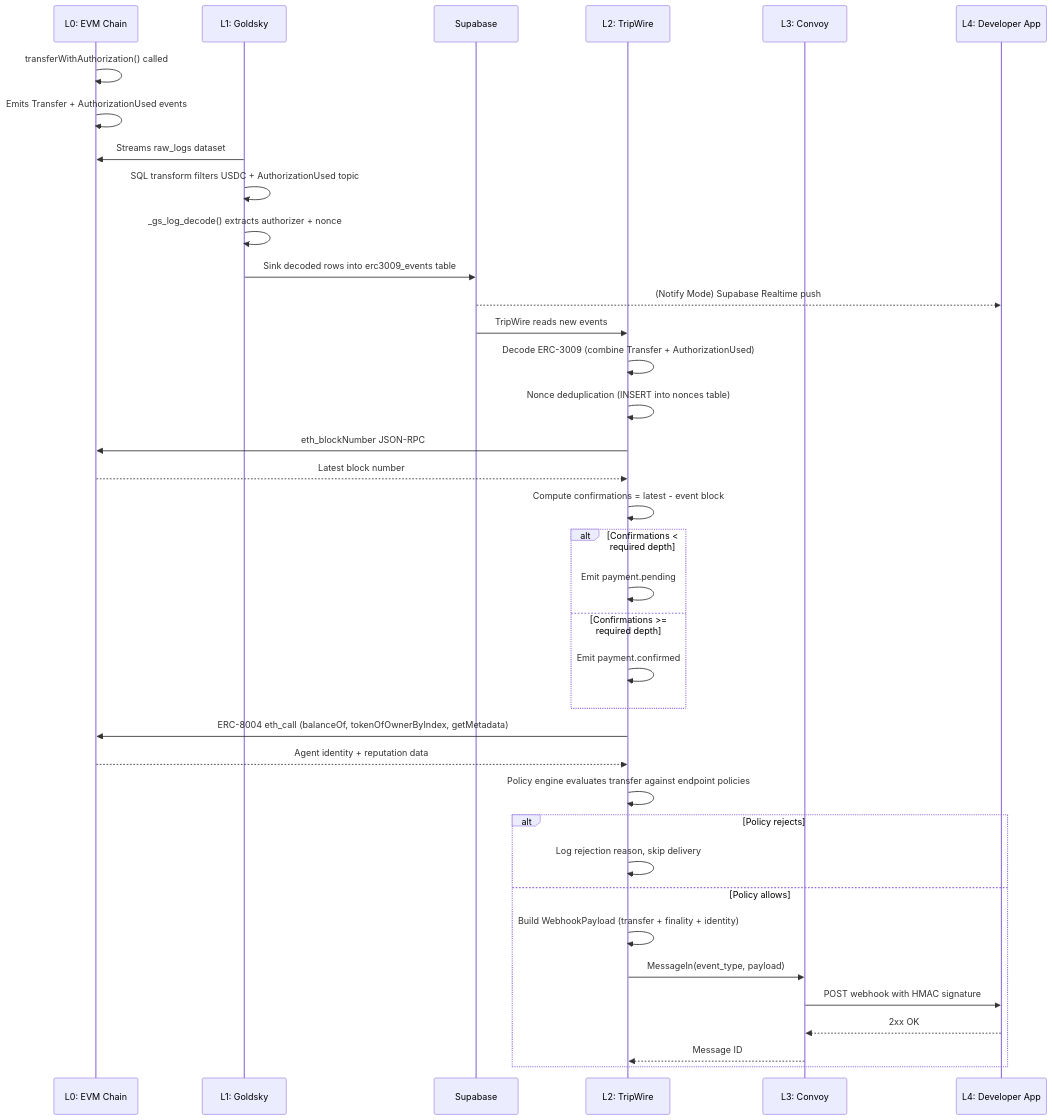
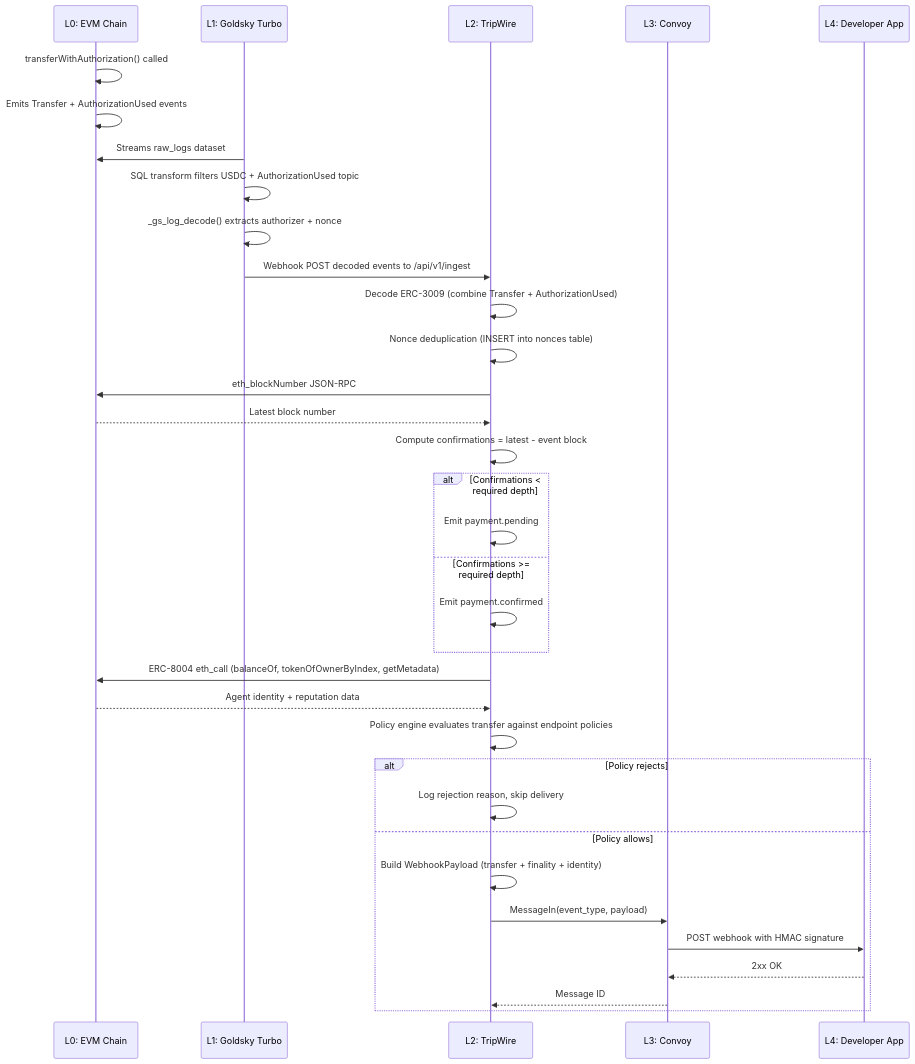
Before and after one commit to sonu96/TripWire: the second of 10 diagrams in docs/architecture/overview.md, drawn with Mermaid. The commit also changed other lines of this file and 23 other files, not shown here.

````diff
--- a/docs/architecture/overview.md
+++ b/docs/architecture/overview.md
@@ -154,47 +154,42 @@
 ```mermaid
 sequenceDiagram
     participant Chain as L0: EVM Chain
-    participant GS as L1: Goldsky
-    participant SB as Supabase
+    participant GS as L1: Goldsky Turbo
     participant TW as L2: TripWire
     participant Convoy as L3: Convoy
     participant Dev as L4: Developer App
 
     Chain->>Chain: transferWithAuthorization() called
     Chain->>Chain: Emits Transfer + AuthorizationUsed events
 
     GS->>Chain: Streams raw_logs dataset
     GS->>GS: SQL transform filters USDC + AuthorizationUsed topic
     GS->>GS: _gs_log_decode() extracts authorizer + nonce
-    GS->>SB: Sink decoded rows into erc3009_events table
-
-    SB-->>Dev: (Notify Mode) Supabase Realtime push
-
-    SB->>TW: TripWire reads new events
+    GS->>TW: Webhook POST decoded events to /api/v1/ingest
     TW->>TW: Decode ERC-3009 (combine Transfer + AuthorizationUsed)
     TW->>TW: Nonce deduplication (INSERT into nonces table)
 
     TW->>Chain: eth_blockNumber JSON-RPC
     Chain-->>TW: Latest block number
     TW->>TW: Compute confirmations = latest - event block
 
     alt Confirmations < required depth
         TW->>TW: Emit payment.pending
     else Confirmations >= required depth
         TW->>TW: Emit payment.confirmed
     end
 
     TW->>Chain: ERC-8004 eth_call (balanceOf, tokenOfOwnerByIndex, getMetadata)
     Chain-->>TW: Agent identity + reputation data
 
     TW->>TW: Policy engine evaluates transfer against endpoint policies
     alt Policy rejects
         TW->>TW: Log rejection reason, skip delivery
     else Policy allows
         TW->>TW: Build WebhookPayload (transfer + finality + identity)
         TW->>Convoy: MessageIn(event_type, payload)
         Convoy->>Dev: POST webhook with HMAC signature
         Dev-->>Convoy: 2xx OK
         Convoy-->>TW: Message ID
     end
 ```
````
